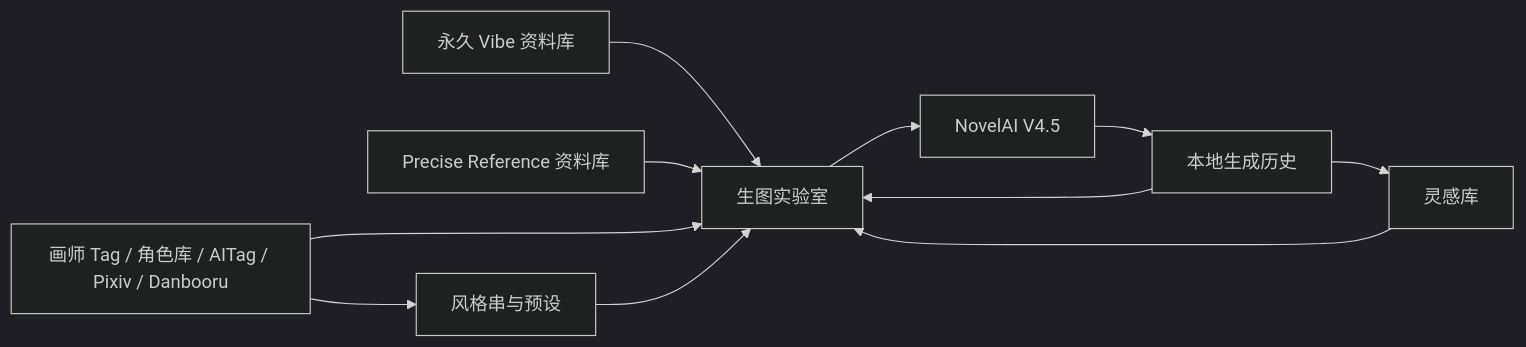
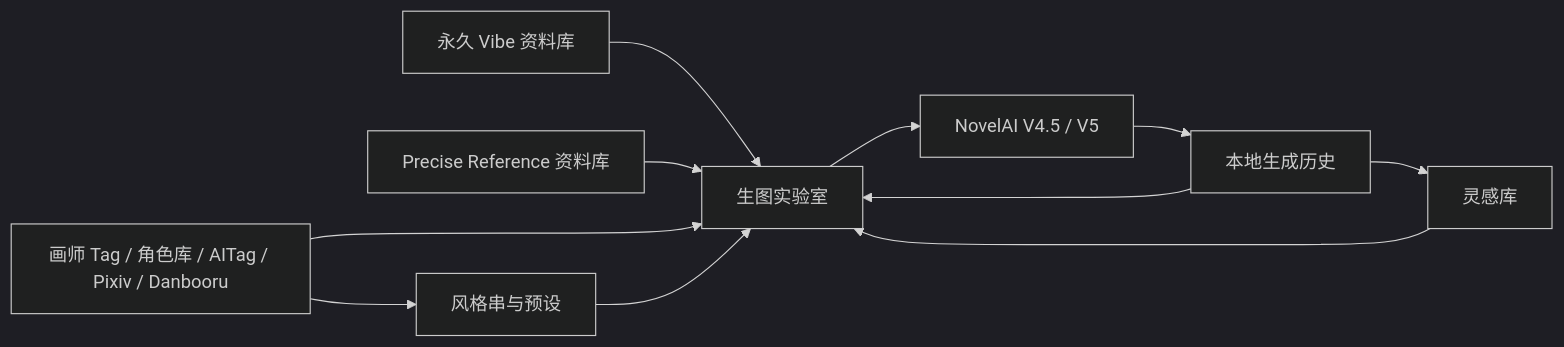
Before and after one commit to HelloQun54321/nai-atelier: the first of 3 diagrams in README.md, drawn with Mermaid (dark theme). The commit also changed other lines of this file and 9 other files, not shown here.

````diff
--- a/README.md
+++ b/README.md
@@ -63,13 +87,13 @@
 ```mermaid
 flowchart LR
     A["画师 Tag / 角色库 / AITag / Pixiv / Danbooru"] --> B["风格串与预设"]
     V["永久 Vibe 资料库"] --> C["生图实验室"]
     P["Precise Reference 资料库"] --> C
     A --> C["生图实验室"]
     B --> C
-    C --> D["NovelAI V4.5"]
+    C --> D["NovelAI V4.5 / V5"]
     D --> E["本地生成历史"]
     E --> F["灵感库"]
     E --> C
     F --> C
 ```
````
